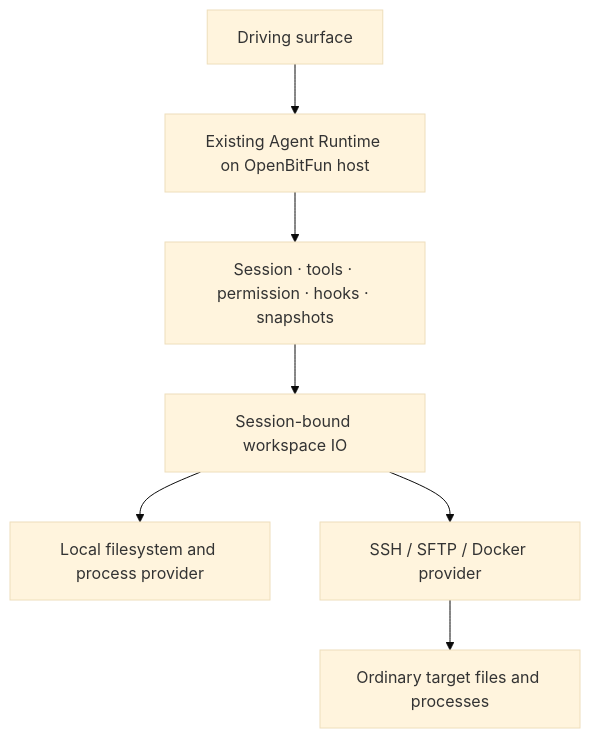
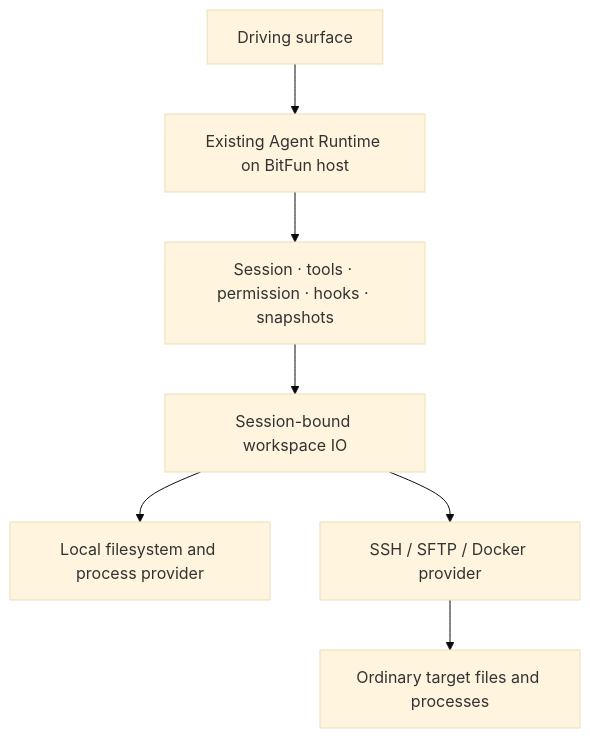
One commit to SWangHash/BitFun-OHOS changed the diagram in docs/architecture/remote-workspace-transport.md. Above: the diagram before and after it, drawn with Mermaid (base theme). The commit also changed other lines of this file and 5384 other files, not shown here.

````diff
--- a/docs/architecture/remote-workspace-transport.md
+++ b/docs/architecture/remote-workspace-transport.md
@@ -282,9 +282,9 @@
 ```mermaid
 flowchart TB
-  Surface["Driving surface"] --> Runtime["Existing Agent Runtime on OpenBitFun host"]
+  Surface["Driving surface"] --> Runtime["Existing Agent Runtime on BitFun host"]
   Runtime --> Owners["Session · tools · permission · hooks · snapshots"]
   Owners --> IO["Session-bound workspace IO"]
   IO --> Local["Local filesystem and process provider"]
   IO --> Remote["SSH / SFTP / Docker provider"]
   Remote --> Target["Ordinary target files and processes"]
 ```
````
